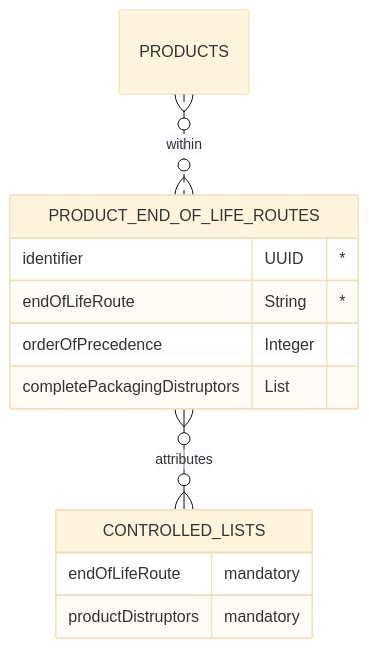
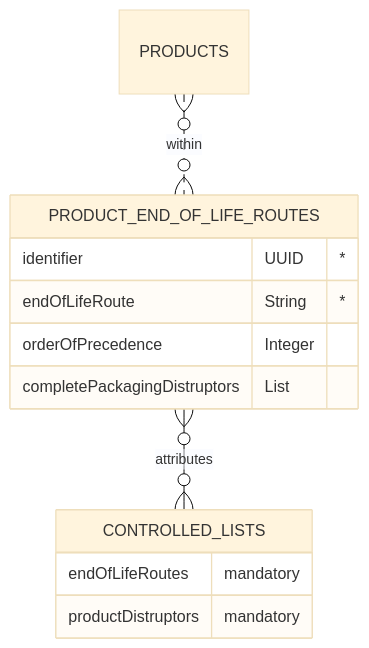
Before and after one commit to OpenDataManchester/OSTFD: the diagram in docs/relationship-lists/product-end-of-life-routes.md, drawn with Mermaid (base theme). The commit also changed other lines of this file and 46 other files, not shown here.

````diff
--- a/docs/relationship-lists/product-end-of-life-routes.md
+++ b/docs/relationship-lists/product-end-of-life-routes.md
@@ -20,16 +20,16 @@
 ``` mermaid
 erDiagram
 
   PRODUCTS }o..o{ PRODUCT_END_OF_LIFE_ROUTES : within
   PRODUCT_END_OF_LIFE_ROUTES {
     identifier UUID "*"
     endOfLifeRoute String "*"
     orderOfPrecedence Integer
     completePackagingDistruptors List
   }
   PRODUCT_END_OF_LIFE_ROUTES }o--o{ CONTROLLED_LISTS : attributes
   CONTROLLED_LISTS {
-    endOfLifeRoute mandatory
+    endOfLifeRoutes mandatory
     productDistruptors mandatory
   }
 ```
````
